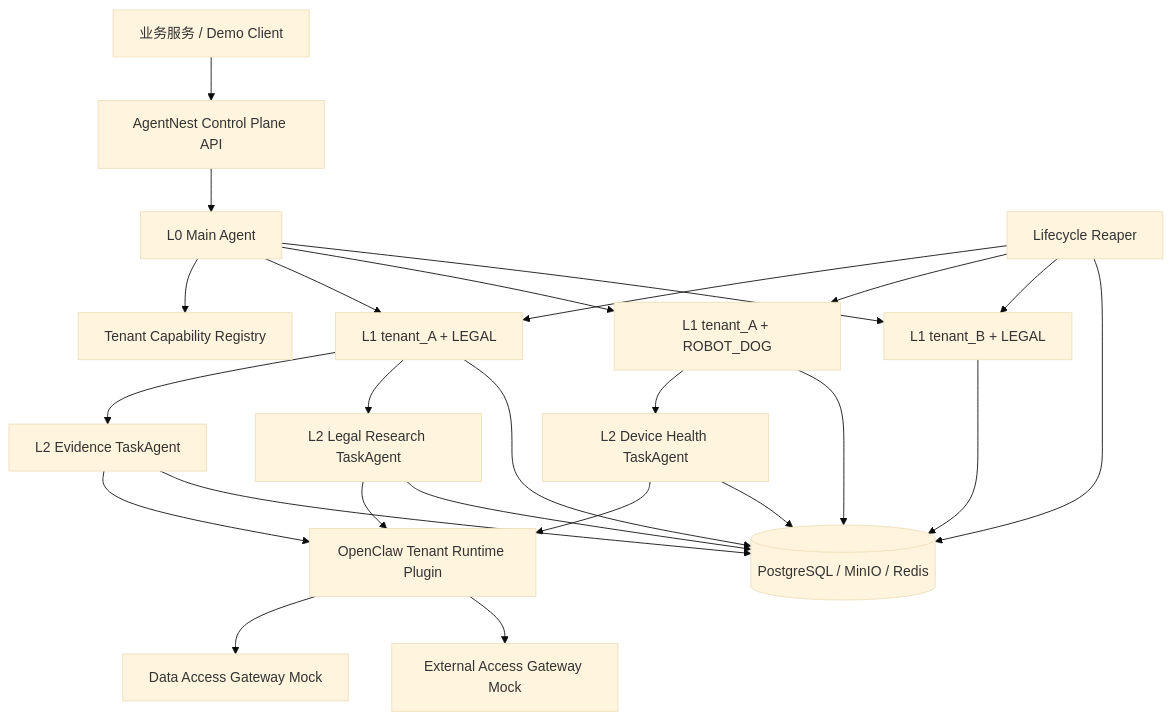
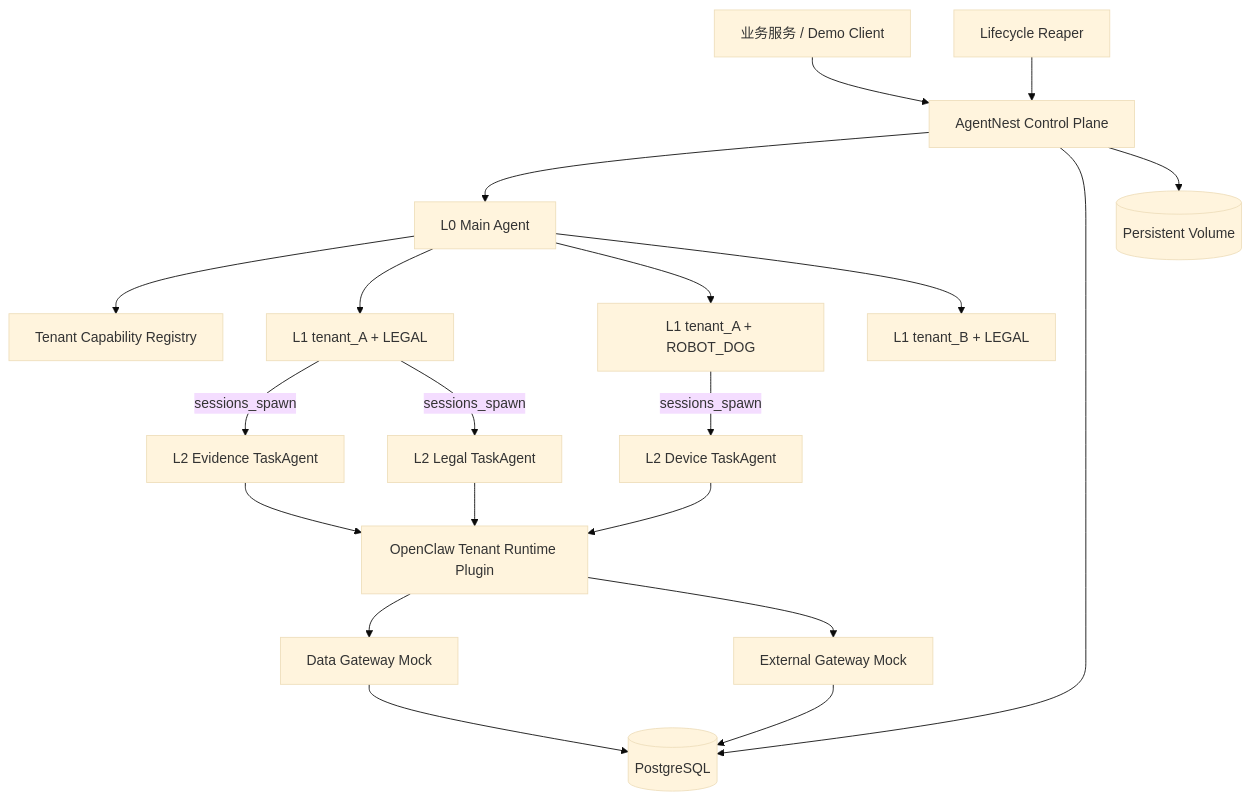
Before and after one commit to liuchuang164/AgentNest: the diagram in README.md, drawn with Mermaid (base theme). The commit also changed other lines of this file, not shown here.

````diff
--- a/README.md
+++ b/README.md
@@ -36,45 +31,41 @@
 ```mermaid
 flowchart TB
     Client[业务服务 / Demo Client]
-    API[AgentNest Control Plane API]
+    CP[AgentNest Control Plane]
     Main[L0 Main Agent]
     Registry[Tenant Capability Registry]
 
     L1A[L1 tenant_A + LEGAL]
     L1B[L1 tenant_A + ROBOT_DOG]
     L1C[L1 tenant_B + LEGAL]
 
     L2A[L2 Evidence TaskAgent]
-    L2B[L2 Legal Research TaskAgent]
-    L2C[L2 Device Health TaskAgent]
+    L2B[L2 Legal TaskAgent]
+    L2C[L2 Device TaskAgent]
 
     Plugin[OpenClaw Tenant Runtime Plugin]
-    DAG[Data Access Gateway Mock]
-    EAG[External Access Gateway Mock]
-    State[(PostgreSQL / MinIO / Redis)]
+    DAG[Data Gateway Mock]
+    EAG[External Gateway Mock]
+    PG[(PostgreSQL)]
+    FS[(Persistent Volume)]
     Reaper[Lifecycle Reaper]
 
-    Client --> API --> Main
+    Client --> CP --> Main
     Main --> Registry
     Main --> L1A
     Main --> L1B
     Main --> L1C
-    L1A --> L2A
-    L1A --> L2B
-    L1B --> L2C
+    L1A -->|sessions_spawn| L2A
+    L1A -->|sessions_spawn| L2B
+    L1B -->|sessions_spawn| L2C
     L2A --> Plugin
     L2B --> Plugin
     L2C --> Plugin
     Plugin --> DAG
     Plugin --> EAG
-    L1A --> State
-    L1B --> State
-    L1C --> State
-    L2A --> State
-    L2B --> State
-    L2C --> State
-    Reaper --> L1A
-    Reaper --> L1B
-    Reaper --> L1C
-    Reaper --> State
+    CP --> PG
+    DAG --> PG
+    EAG --> PG
+    CP --> FS
+    Reaper --> CP
 ```
````
